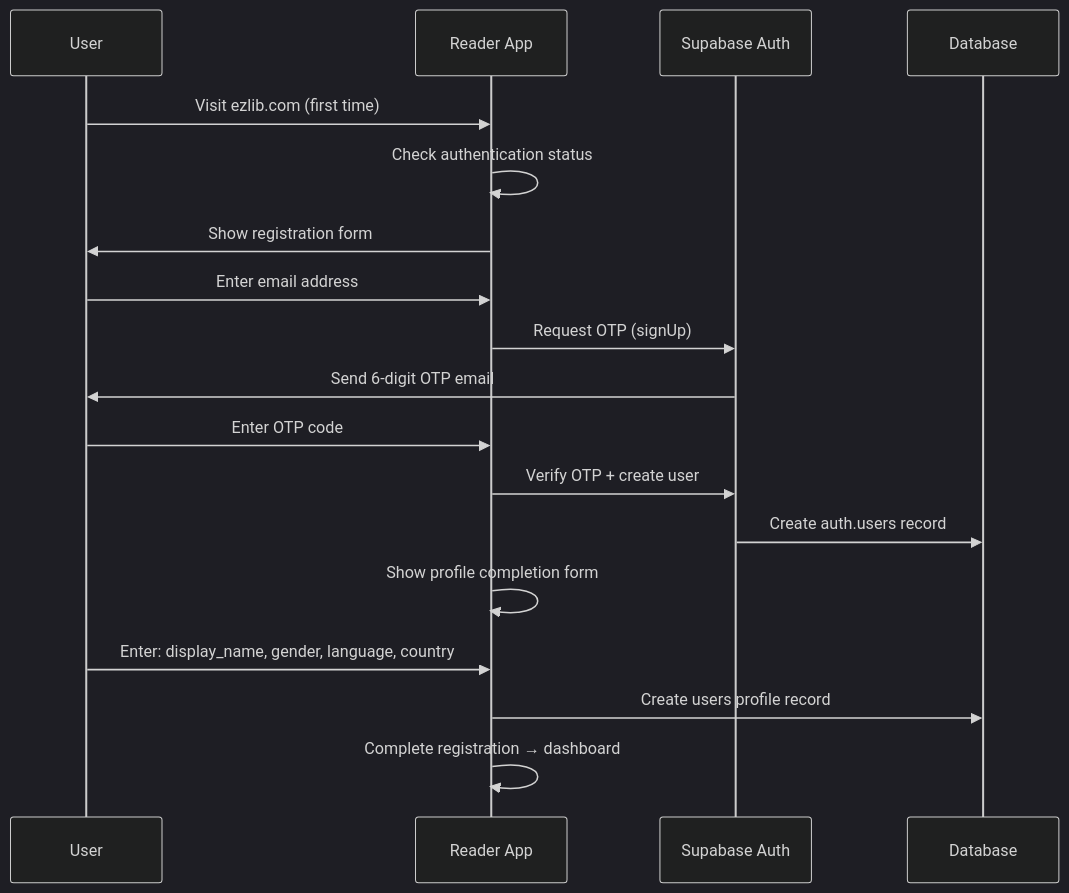
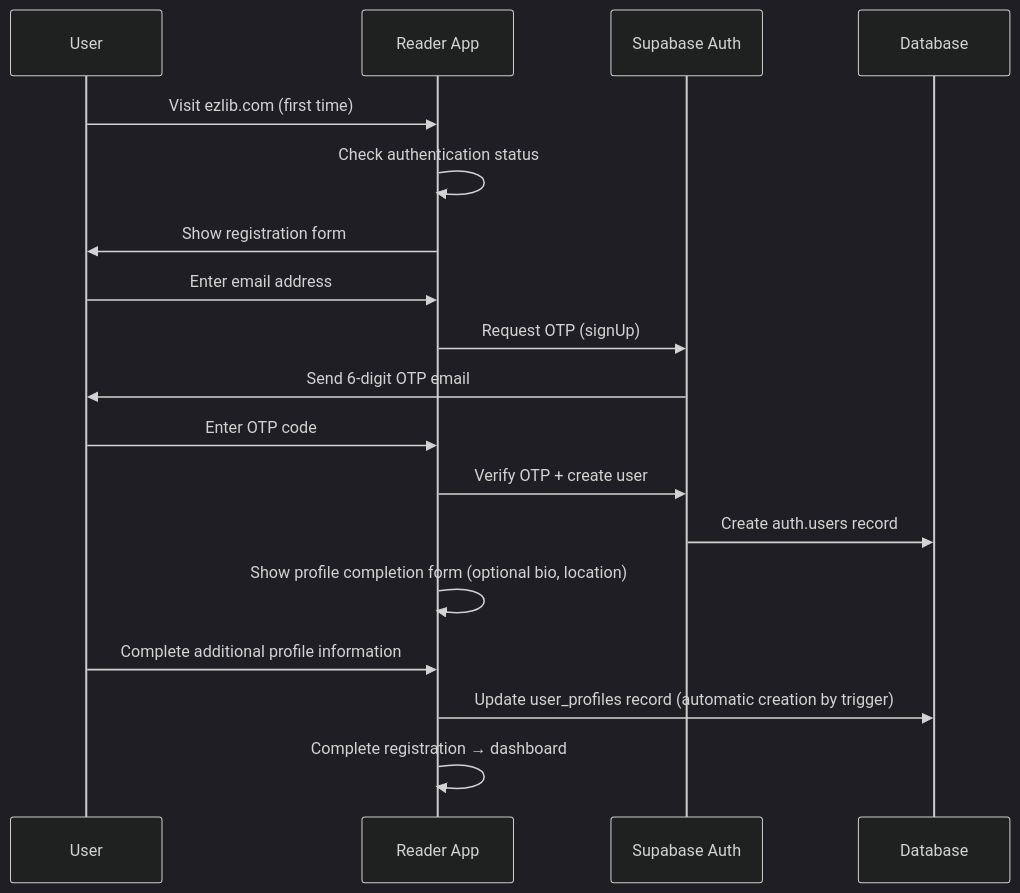
The second of 3 diagrams in docs/architecture/authentication-architecture.md (tronghieu/ezlib), drawn with Mermaid (dark theme) before and after one commit. The commit also changed other lines of this file and 7 other files, not shown here.

First line of the commit message:
Update architecture documentation to monolithic NextJS 15.5.2 approach

````diff
--- a/docs/architecture/authentication-architecture.md
+++ b/docs/architecture/authentication-architecture.md
@@ -39,21 +39,21 @@
 ```mermaid
 sequenceDiagram
     participant U as User
     participant R as Reader App
     participant S as Supabase Auth
     participant DB as Database
     
     U->>R: Visit ezlib.com (first time)
     R->>R: Check authentication status
     R->>U: Show registration form
     U->>R: Enter email address
     R->>S: Request OTP (signUp)
     S->>U: Send 6-digit OTP email
     U->>R: Enter OTP code
     R->>S: Verify OTP + create user
     S->>DB: Create auth.users record
-    R->>R: Show profile completion form
-    U->>R: Enter: display_name, gender, language, country
-    R->>DB: Create users profile record
+    R->>R: Show profile completion form (optional bio, location)
+    U->>R: Complete additional profile information
+    R->>DB: Update user_profiles record (automatic creation by trigger)
     R->>R: Complete registration → dashboard
 ```
````
